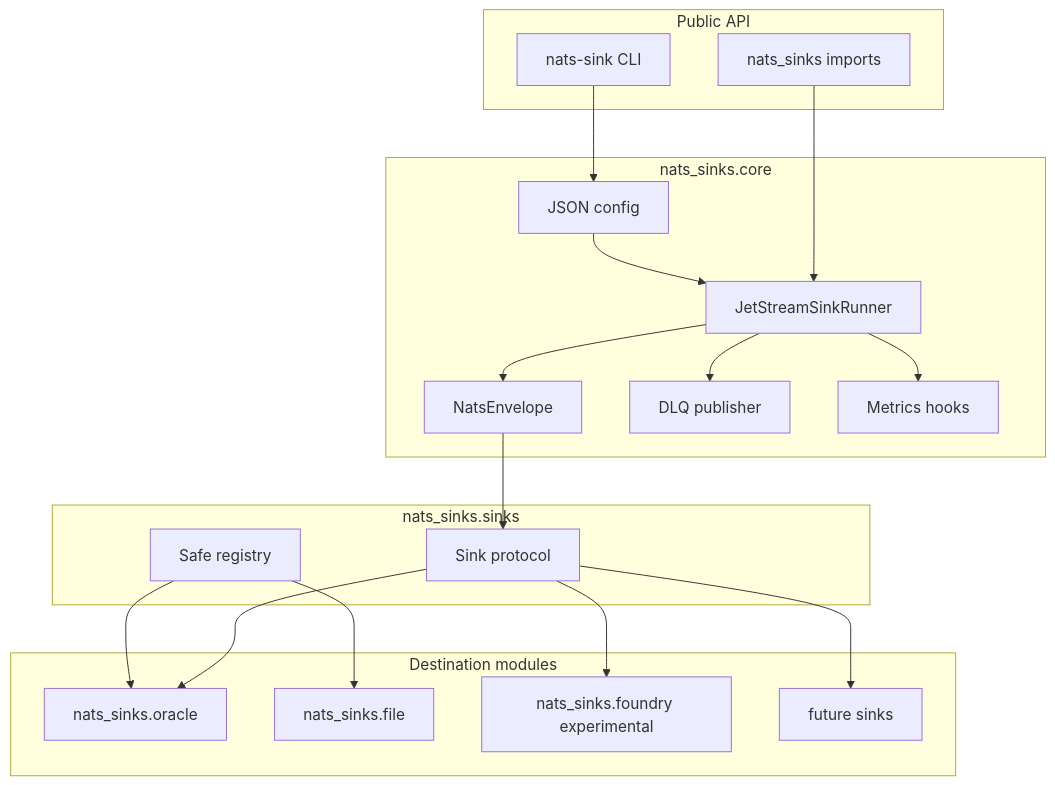
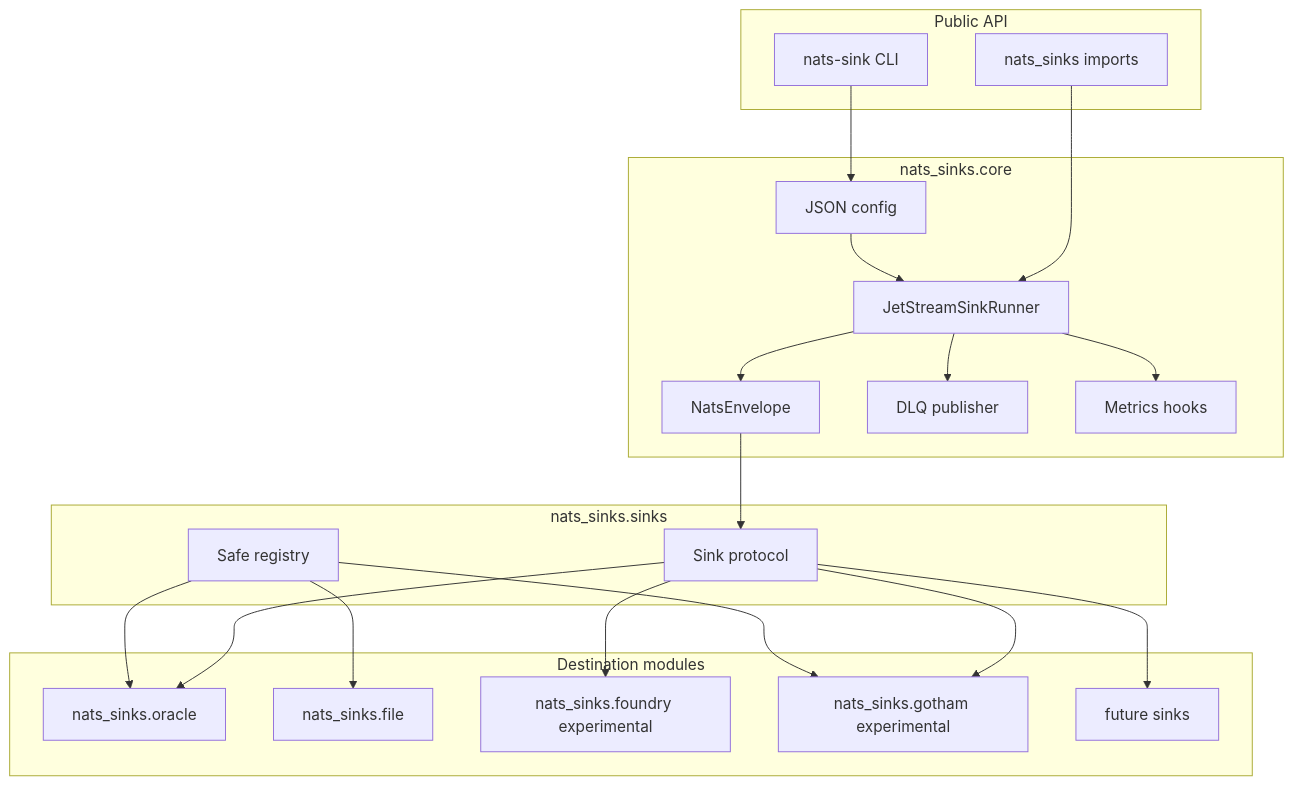
The first of 7 diagrams in docs/sink-framework.md (ProjectCuillin/nats-sinks), drawn with Mermaid before and after one commit. The commit also changed other lines of this file and 27 other files, not shown here.

Commit message:
Add experimental Palantir Gotham sink

````diff
--- a/docs/sink-framework.md
+++ b/docs/sink-framework.md
@@ -20,38 +20,41 @@
 ```mermaid
 flowchart TB
     subgraph PublicAPI[Public API]
         API[nats_sinks imports]
         CLI[nats-sink CLI]
     end
 
     subgraph Core[nats_sinks.core]
         Runner[JetStreamSinkRunner]
         Envelope[NatsEnvelope]
         Config[JSON config]
         DLQ[DLQ publisher]
         Metrics[Metrics hooks]
     end
 
     subgraph Contract[nats_sinks.sinks]
         Protocol[Sink protocol]
         Registry[Safe registry]
     end
 
     subgraph Destinations[Destination modules]
         Oracle[nats_sinks.oracle]
         File[nats_sinks.file]
         Foundry[nats_sinks.foundry experimental]
+        Gotham[nats_sinks.gotham experimental]
         Future[future sinks]
     end
 
     API --> Runner
     CLI --> Config --> Runner
     Runner --> Envelope --> Protocol
     Protocol --> Oracle
     Protocol --> Foundry
+    Protocol --> Gotham
     Protocol --> Future
     Runner --> DLQ
     Runner --> Metrics
 Registry --> Oracle
 Registry --> File
+Registry --> Gotham
 ```
````
